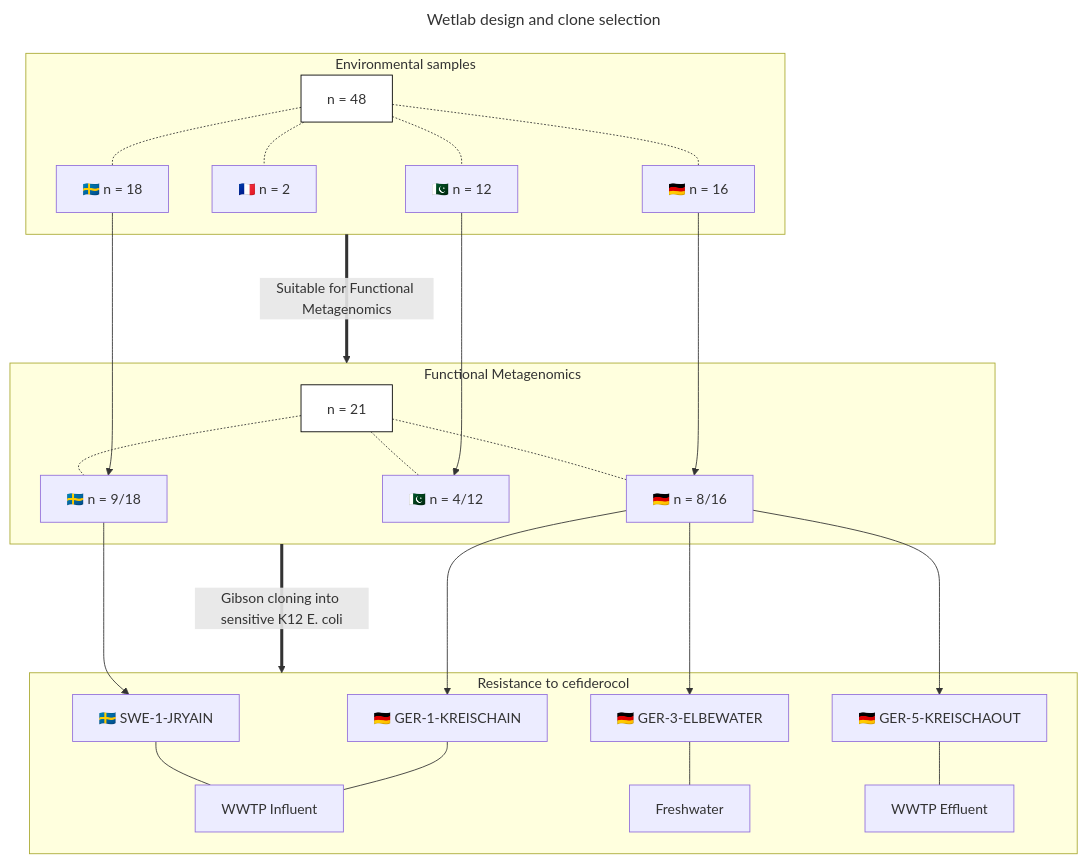
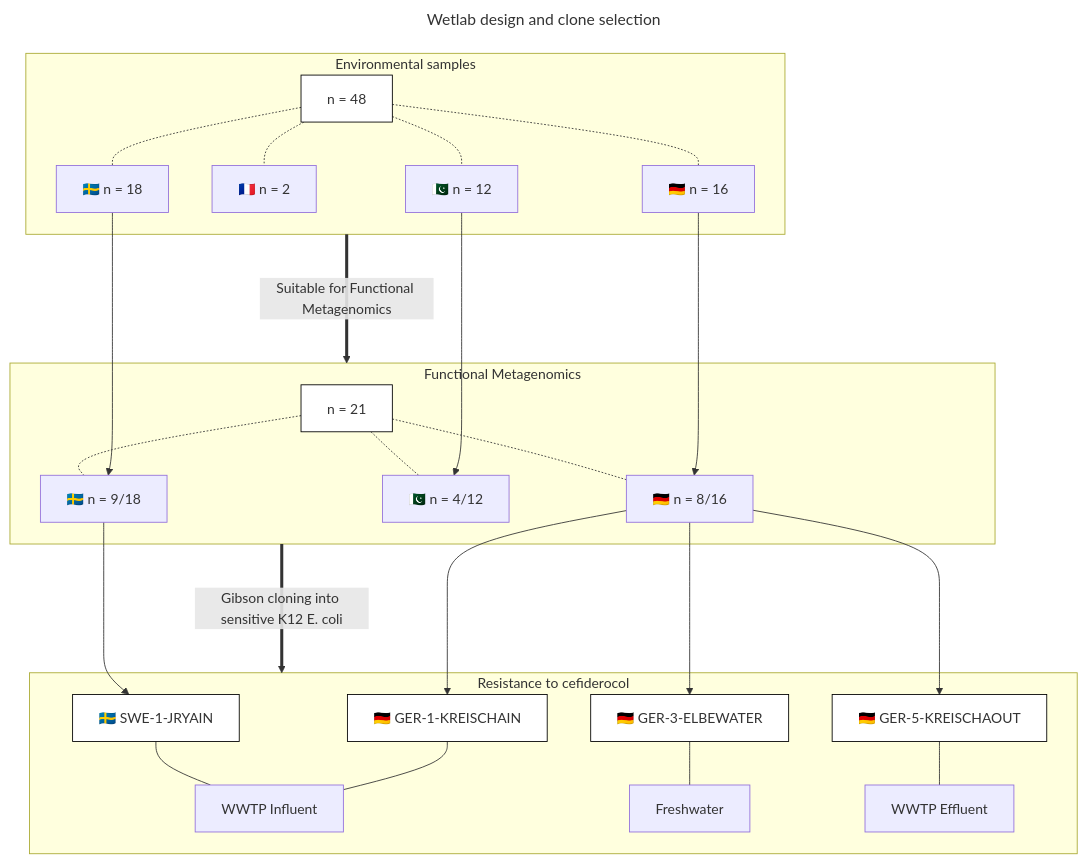
Before and after one commit to RemiGSC/Mgf_FDC: the first of 2 diagrams in README.md, drawn with Mermaid.

````diff
--- a/README.md
+++ b/README.md
@@ -9,43 +9,48 @@
 ```mermaid
 ---
 title: Wetlab design and clone selection
 ---
 flowchart TD
 	subgraph ev [Environmental samples]
 		A[n = 48] -.- A1[🇸🇪 n = 18]
 		A -.- A2[🇫🇷 n = 2]
 		A -.- A3[🇩🇪 n = 16]
 		A -.- A4[🇵🇰 n = 12]
 	end
 
 	subgraph fmg [Functional Metagenomics]
 		B[n = 21] -.- B1[🇸🇪 n = 9/18]
 		B -.- B3[🇩🇪 n = 8/16]
 		B -.- B4[🇵🇰 n = 4/12]
 	end
 
 	subgraph Rcef [Resistance to cefiderocol]
 			C1[🇸🇪 SWE-1-JRYAIN] --- WWIN[WWTP Influent]
 			C3a[🇩🇪 GER-1-KREISCHAIN] --- WWIN[WWTP Influent]
 			C3b[🇩🇪 GER-3-ELBEWATER] --- Fresh[Freshwater]
 			C3c[🇩🇪 GER-5-KREISCHAOUT] --- WWEF[WWTP Effluent]
 	end
 
 
 ev ==>|Suitable for Functional Metagenomics| fmg
 
 fmg ==>|Gibson cloning into sensitive K12 E. coli| Rcef
 
 A1 ----> B1
 A3 ----> B3
 A4 ----> B4
 
 B1 ---> C1
 B3 ---> C3a
 B3 ---> C3b
 B3 ---> C3c
 
 style A stroke:#000,fill:#fff
 style B stroke:#000,fill:#fff
 
+style C1 stroke:#000,fill:#fff
+style C3a stroke:#000,fill:#fff
+style C3b stroke:#000,fill:#fff
+style C3c stroke:#000,fill:#fff
+
 ```
````
